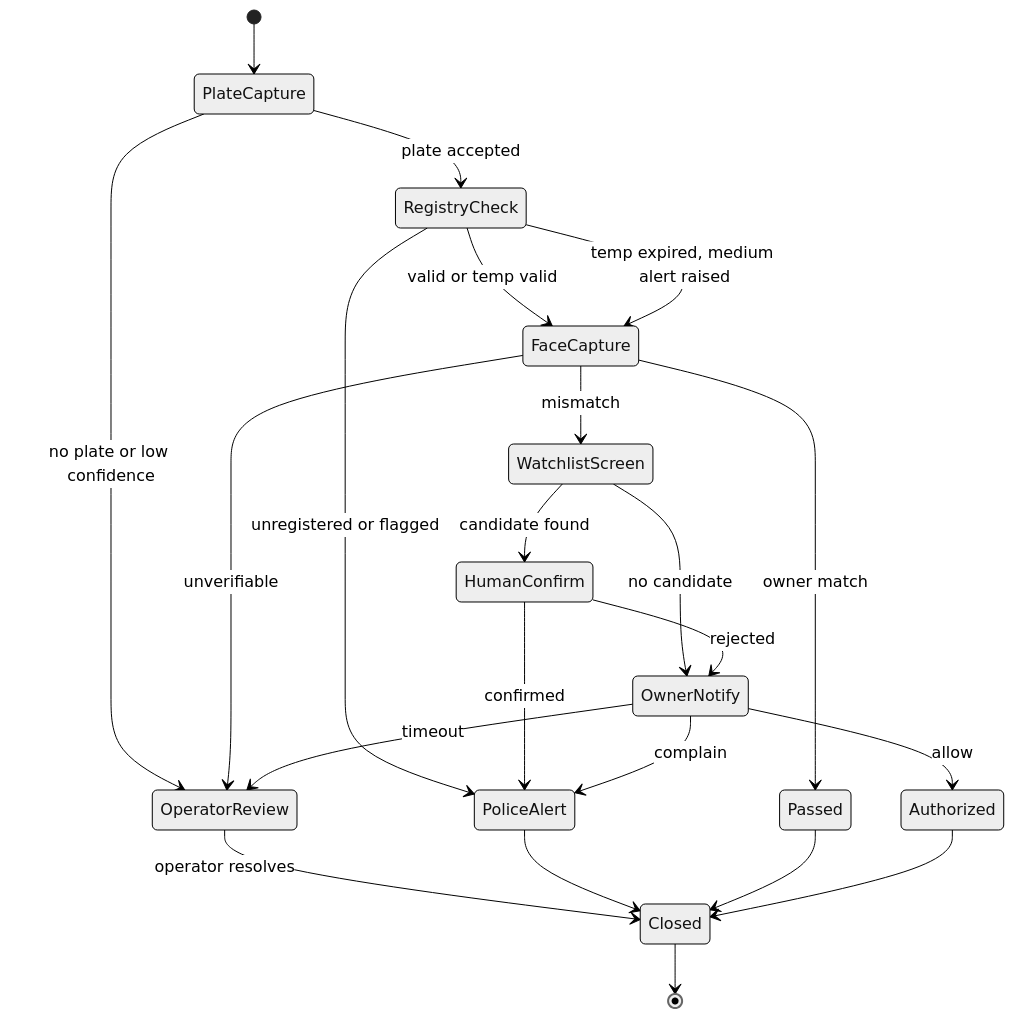
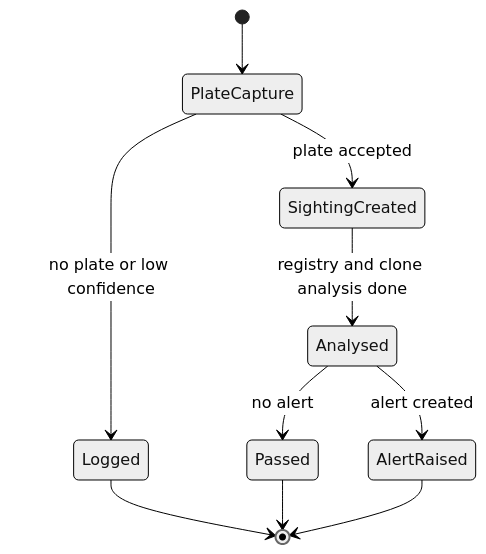
The fifth of 9 diagrams in docs/architecture.md (Vini07Dsouza/vehiGuard), drawn with Mermaid (neutral theme) before and after one commit. The commit also changed other lines of this file and 6 other files, not shown here.

````diff
--- a/docs/architecture.md
+++ b/docs/architecture.md
@@ -245,24 +237,12 @@
 ```mermaid
 stateDiagram-v2
   [*] --> PlateCapture
-  PlateCapture --> RegistryCheck: plate accepted
-  PlateCapture --> OperatorReview: no plate or low confidence
-  RegistryCheck --> PoliceAlert: unregistered or flagged
-  RegistryCheck --> FaceCapture: valid or temp valid
-  RegistryCheck --> FaceCapture: temp expired, medium alert raised
-  FaceCapture --> OperatorReview: unverifiable
-  FaceCapture --> Passed: owner match
-  FaceCapture --> WatchlistScreen: mismatch
-  WatchlistScreen --> HumanConfirm: candidate found
-  WatchlistScreen --> OwnerNotify: no candidate
-  HumanConfirm --> PoliceAlert: confirmed
-  HumanConfirm --> OwnerNotify: rejected
-  OwnerNotify --> Authorized: allow
-  OwnerNotify --> PoliceAlert: complain
-  OwnerNotify --> OperatorReview: timeout
-  OperatorReview --> Closed: operator resolves
-  PoliceAlert --> Closed
-  Passed --> Closed
-  Authorized --> Closed
-  Closed --> [*]
+  PlateCapture --> Logged: no plate or low confidence
+  PlateCapture --> SightingCreated: plate accepted
+  SightingCreated --> Analysed: registry and clone analysis done
+  Analysed --> Passed: no alert
+  Analysed --> AlertRaised: alert created
+  Passed --> [*]
+  Logged --> [*]
+  AlertRaised --> [*]
 ```
````
